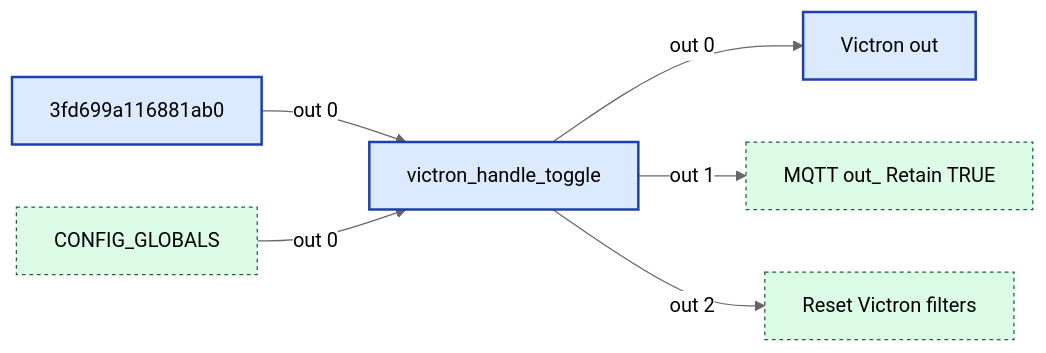
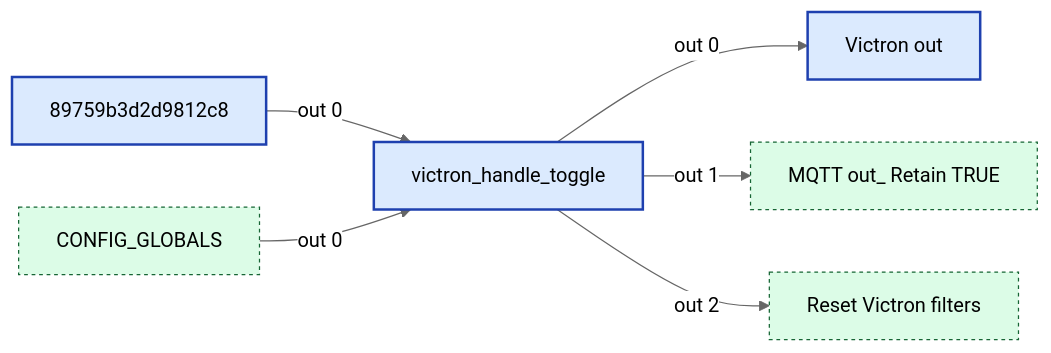
The sixth of 13 diagrams in src/wiring/victron.md (Backroads4Me/librecoach-node-red), drawn with Mermaid (neutral theme) before and after one commit. The commit also changed other lines of this file, not shown here.

````diff
--- a/src/wiring/victron.md
+++ b/src/wiring/victron.md
@@ -193,20 +193,20 @@
 ```mermaid
 flowchart LR
   classDef fn fill:#dbeafe,stroke:#1e40af,stroke-width:2px
   classDef ui fill:#ede9fe,stroke:#5b21b6,stroke-width:2px
   classDef sub fill:#fef3c7,stroke:#92400e,stroke-width:2px
   classDef link fill:#dcfce7,stroke:#166534,stroke-width:1px,stroke-dasharray:3 3
   classDef config fill:#f3f4f6,stroke:#6b7280,stroke-width:1px,stroke-dasharray:2 2
   classDef disabled opacity:0.5,stroke-dasharray:4 4
-  n_3fd699a11688["3fd699a116881ab0"]:::fn
   n_48292ec85eb7["victron_handle_toggle"]:::fn
   n_711d5e849935["Victron out"]:::fn
   n_71ac45fb64bf["Reset Victron filters"]:::link
+  n_89759b3d2d98["89759b3d2d9812c8"]:::fn
   n_8fdd1d506d28["CONFIG_GLOBALS"]:::link
   n_e371075d4dbf["MQTT out_ Retain TRUE"]:::link
-  n_3fd699a11688 -->|out 0| n_48292ec85eb7
   n_48292ec85eb7 -->|out 0| n_711d5e849935
   n_48292ec85eb7 -->|out 1| n_e371075d4dbf
   n_48292ec85eb7 -->|out 2| n_71ac45fb64bf
+  n_89759b3d2d98 -->|out 0| n_48292ec85eb7
   n_8fdd1d506d28 -->|out 0| n_48292ec85eb7
 ```
````
